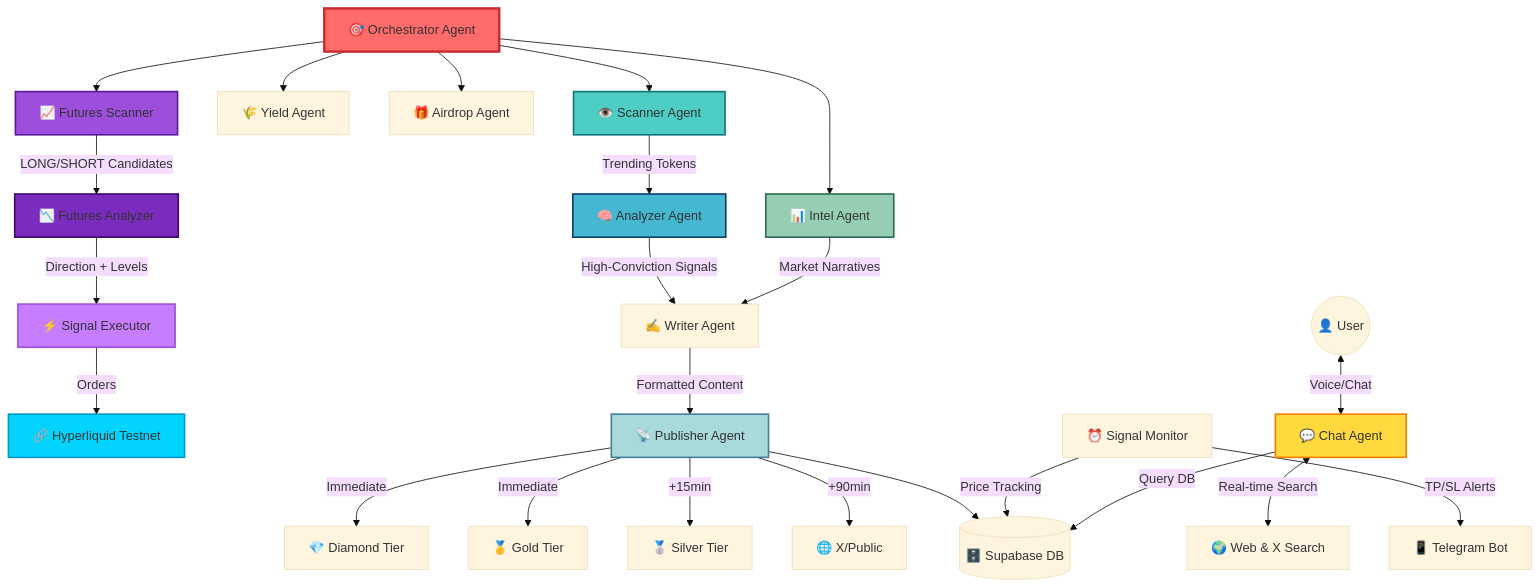
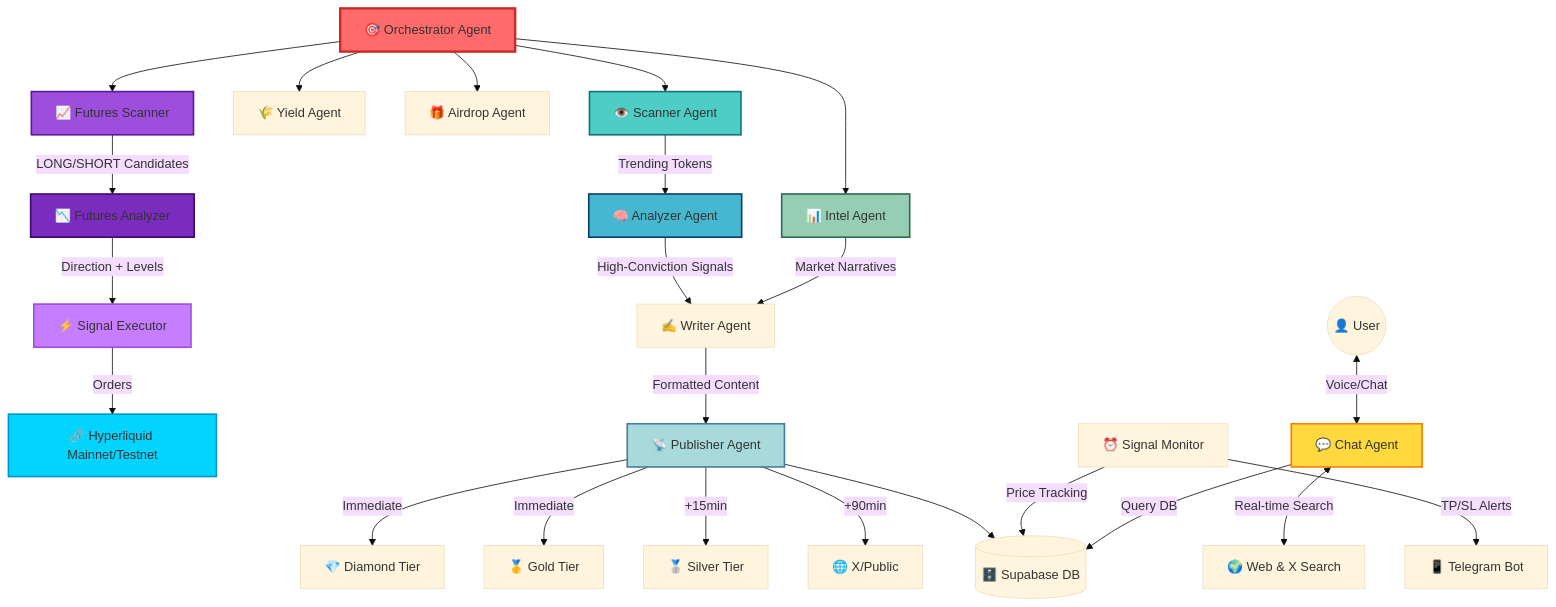
Before and after one commit to zaikaman/RogueAgent: the diagram in README.md, drawn with Mermaid (base theme). The commit also changed other lines of this file and 9 other files, not shown here.

````diff
--- a/README.md
+++ b/README.md
@@ -106,41 +106,41 @@
 ```mermaid
 graph TD
     Orchestrator[🎯 Orchestrator Agent] --> Scanner[👁️ Scanner Agent]
     Orchestrator --> Intel[📊 Intel Agent]
     Orchestrator --> Yield[🌾 Yield Agent]
     Orchestrator --> Airdrop[🎁 Airdrop Agent]
     Orchestrator --> FuturesScanner[📈 Futures Scanner]
     
     Scanner -->|Trending Tokens| Analyzer[🧠 Analyzer Agent]
     Analyzer -->|High-Conviction Signals| Writer[✍️ Writer Agent]
     Intel -->|Market Narratives| Writer
     
     FuturesScanner -->|LONG/SHORT Candidates| FuturesAnalyzer[📉 Futures Analyzer]
     FuturesAnalyzer -->|Direction + Levels| FuturesExecutor[⚡ Signal Executor]
-    FuturesExecutor -->|Orders| Hyperliquid[🔗 Hyperliquid Testnet]
+    FuturesExecutor -->|Orders| Hyperliquid[🔗 Hyperliquid Mainnet/Testnet]
     
     Writer -->|Formatted Content| Publisher[📡 Publisher Agent]
     Publisher -->|Immediate| Diamond[💎 Diamond Tier]
     Publisher -->|Immediate| Gold[🥇 Gold Tier]
     Publisher -->|+15min| Silver[🥈 Silver Tier]
     Publisher -->|+90min| Public[🌐 X/Public]
     Publisher --> DB[(🗄️ Supabase DB)]
     
     Monitor[⏰ Signal Monitor] -->|Price Tracking| DB
     Monitor -->|TP/SL Alerts| Telegram[📱 Telegram Bot]
     
     User((👤 User)) <-->|Voice/Chat| ChatAgent[💬 Chat Agent]
     ChatAgent <-->|Real-time Search| Web[🌍 Web & X Search]
     ChatAgent -->|Query DB| DB
     
     style Orchestrator fill:#ff6b6b,stroke:#c92a2a,stroke-width:3px
     style Scanner fill:#4ecdc4,stroke:#0d7377,stroke-width:2px
     style Analyzer fill:#45b7d1,stroke:#0d3b66,stroke-width:2px
     style Intel fill:#96ceb4,stroke:#2d6a4f,stroke-width:2px
     style ChatAgent fill:#ffd93d,stroke:#f77f00,stroke-width:2px
     style Publisher fill:#a8dadc,stroke:#457b9d,stroke-width:2px
     style FuturesScanner fill:#9d4edd,stroke:#5a189a,stroke-width:2px
     style FuturesAnalyzer fill:#7b2cbf,stroke:#3c096c,stroke-width:2px
     style FuturesExecutor fill:#c77dff,stroke:#9d4edd,stroke-width:2px
     style Hyperliquid fill:#00d4ff,stroke:#0096c7,stroke-width:2px
 ```
````
